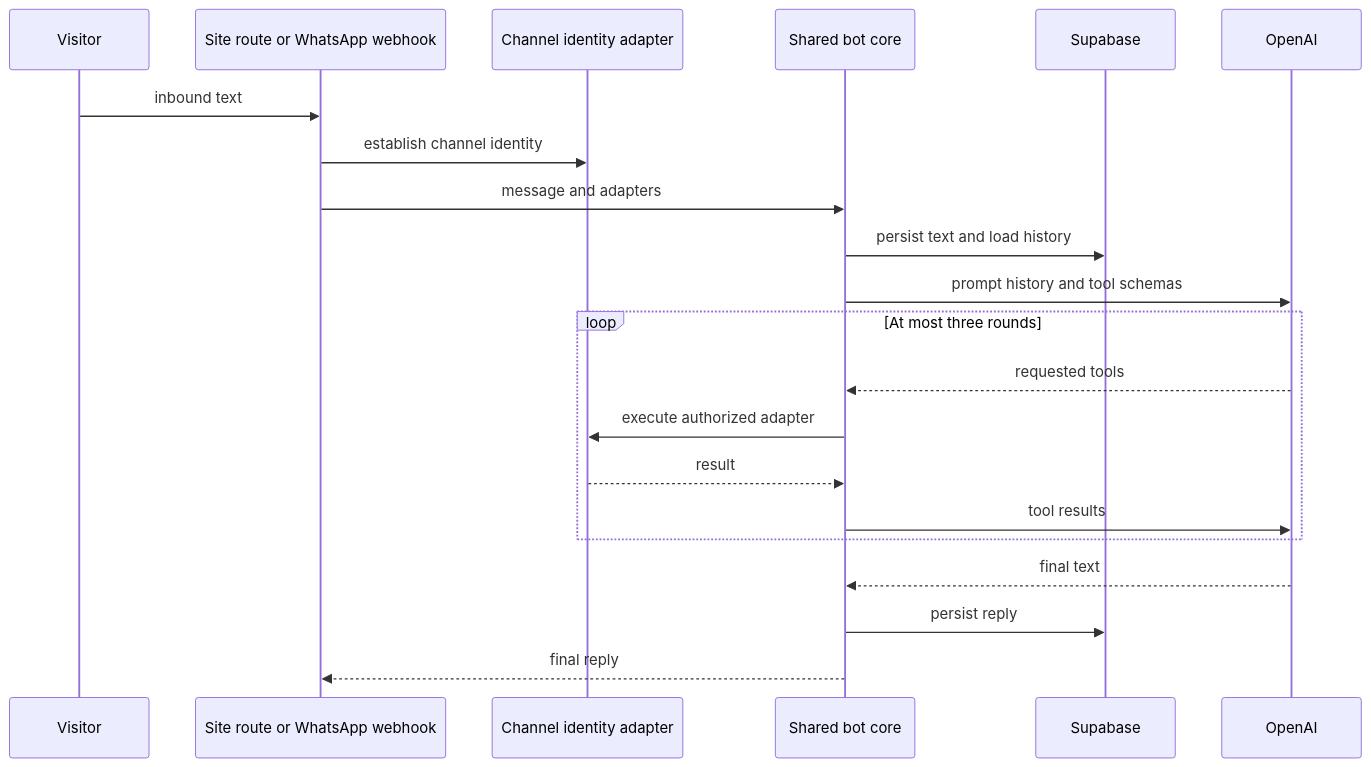
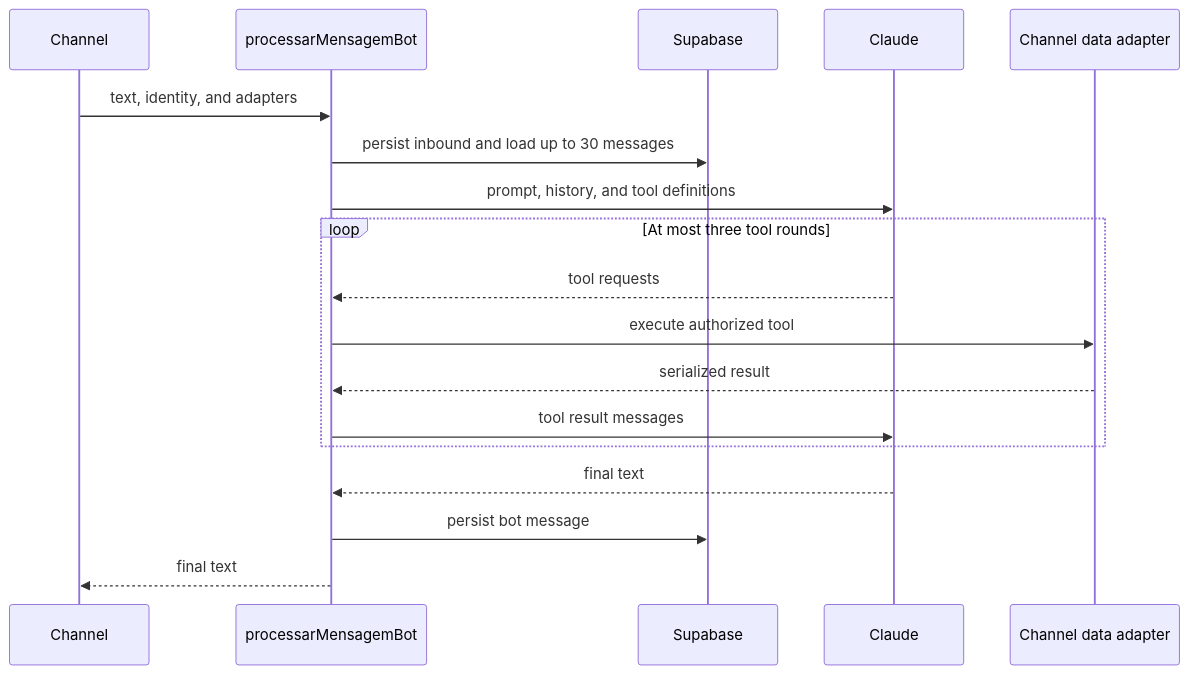
The second of 2 diagrams in openwiki/integrations/ai-assistance-and-customer-channels.md (Schneider-Gr/industria24hIA), drawn with Mermaid before and after one commit. The commit also changed other lines of this file and 32 other files, not shown here.

````diff
--- a/openwiki/integrations/ai-assistance-and-customer-channels.md
+++ b/openwiki/integrations/ai-assistance-and-customer-channels.md
@@ -98,24 +130,21 @@
 ```mermaid
 sequenceDiagram
-    participant Visitor
-    participant Route as Site route or WhatsApp webhook
-    participant Guard as Channel identity adapter
-    participant Core as Shared bot core
+    participant Channel
+    participant Core as processarMensagemBot
     participant Store as Supabase
-    participant Model as OpenAI
+    participant Model as Claude
+    participant Adapter as Channel data adapter
 
-    Visitor->>Route: inbound text
-    Route->>Guard: establish channel identity
-    Route->>Core: message and adapters
-    Core->>Store: persist text and load history
-    Core->>Model: prompt history and tool schemas
-    loop At most three rounds
-        Model-->>Core: requested tools
-        Core->>Guard: execute authorized adapter
-        Guard-->>Core: result
-        Core->>Model: tool results
+    Channel->>Core: text, identity, and adapters
+    Core->>Store: persist inbound and load up to 30 messages
+    Core->>Model: prompt, history, and tool definitions
+    loop At most three tool rounds
+        Model-->>Core: tool requests
+        Core->>Adapter: execute authorized tool
+        Adapter-->>Core: serialized result
+        Core->>Model: tool result messages
     end
     Model-->>Core: final text
-    Core->>Store: persist reply
-    Core-->>Route: final reply
+    Core->>Store: persist bot message
+    Core-->>Channel: final text
 ```
````
